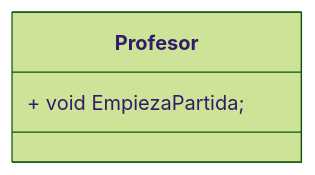
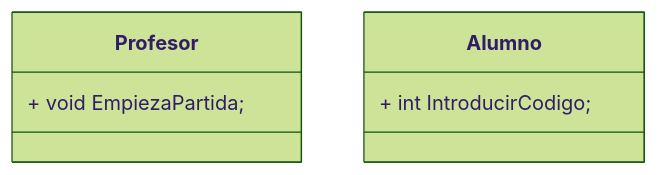
The diagram in README.md (MyNameIsAlecs/Kahoot-UML), drawn with Mermaid (forest theme) before and after one commit.

````diff
--- a/README.md
+++ b/README.md
@@ -11,6 +11,9 @@
 ```mermaid
     classDiagram
       class Profesor{
       + void EmpiezaPartida;
     }
+      class Alumno{
+      + int IntroducirCodigo;  
+    }
 ```
````
